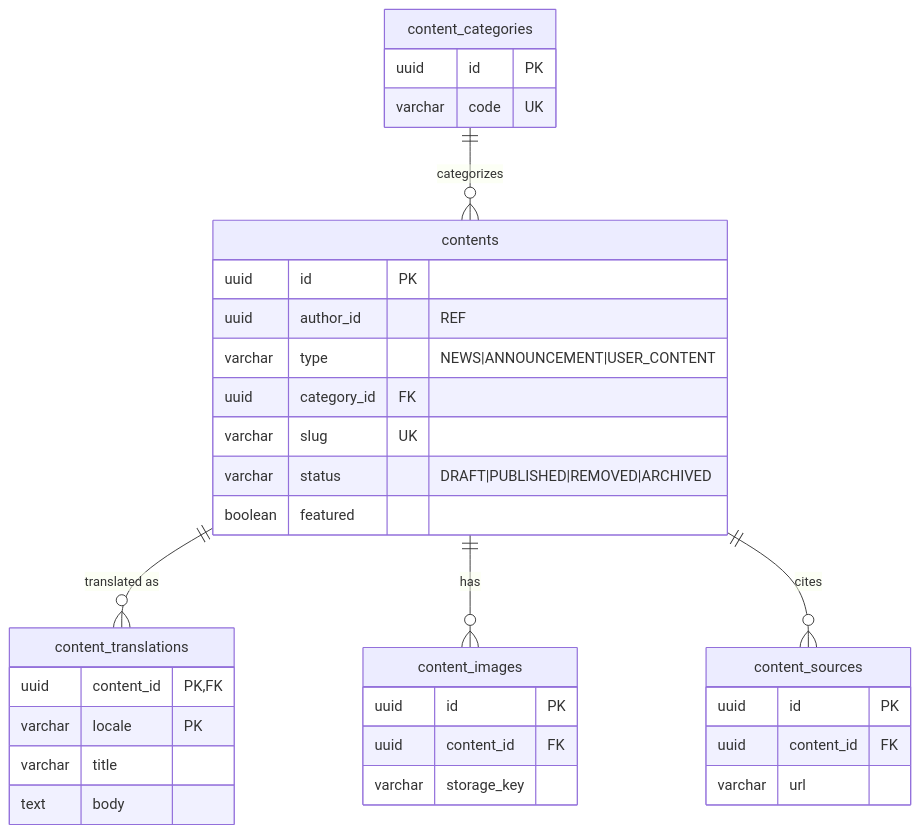
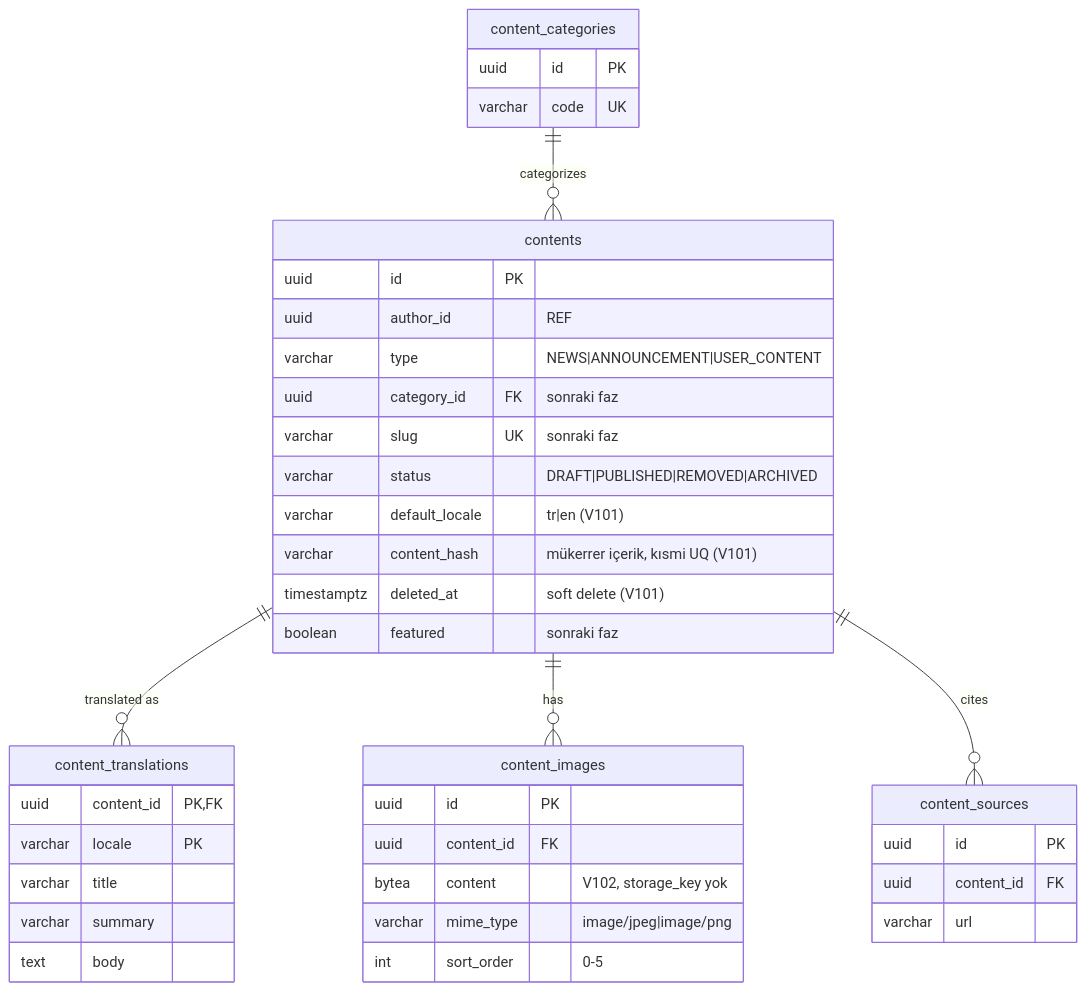
Before and after one commit to alperrte/lobbytwozero: diagram 17 of 31 in docs/er-diagram.md, drawn with Mermaid. The commit also changed 71 other files, not shown here.

````diff
--- a/docs/er-diagram.md
+++ b/docs/er-diagram.md
@@ -867,37 +867,43 @@
 ```mermaid
 erDiagram
   content_categories ||--o{ contents : categorizes
   contents ||--o{ content_translations : "translated as"
   contents ||--o{ content_images : has
   contents ||--o{ content_sources : cites
 
   content_categories {
     uuid id PK
     varchar code UK
   }
   contents {
     uuid id PK
     uuid author_id "REF"
     varchar type "NEWS|ANNOUNCEMENT|USER_CONTENT"
-    uuid category_id FK
-    varchar slug UK
+    uuid category_id FK "sonraki faz"
+    varchar slug UK "sonraki faz"
     varchar status "DRAFT|PUBLISHED|REMOVED|ARCHIVED"
-    boolean featured
+    varchar default_locale "tr|en (V101)"
+    varchar content_hash "mükerrer içerik, kısmi UQ (V101)"
+    timestamptz deleted_at "soft delete (V101)"
+    boolean featured "sonraki faz"
   }
   content_translations {
     uuid content_id PK,FK
     varchar locale PK
     varchar title
+    varchar summary
     text body
   }
   content_images {
     uuid id PK
     uuid content_id FK
-    varchar storage_key
+    bytea content "V102, storage_key yok"
+    varchar mime_type "image/jpeg|image/png"
+    int sort_order "0-5"
   }
   content_sources {
     uuid id PK
     uuid content_id FK
     varchar url
   }
 ```
````
